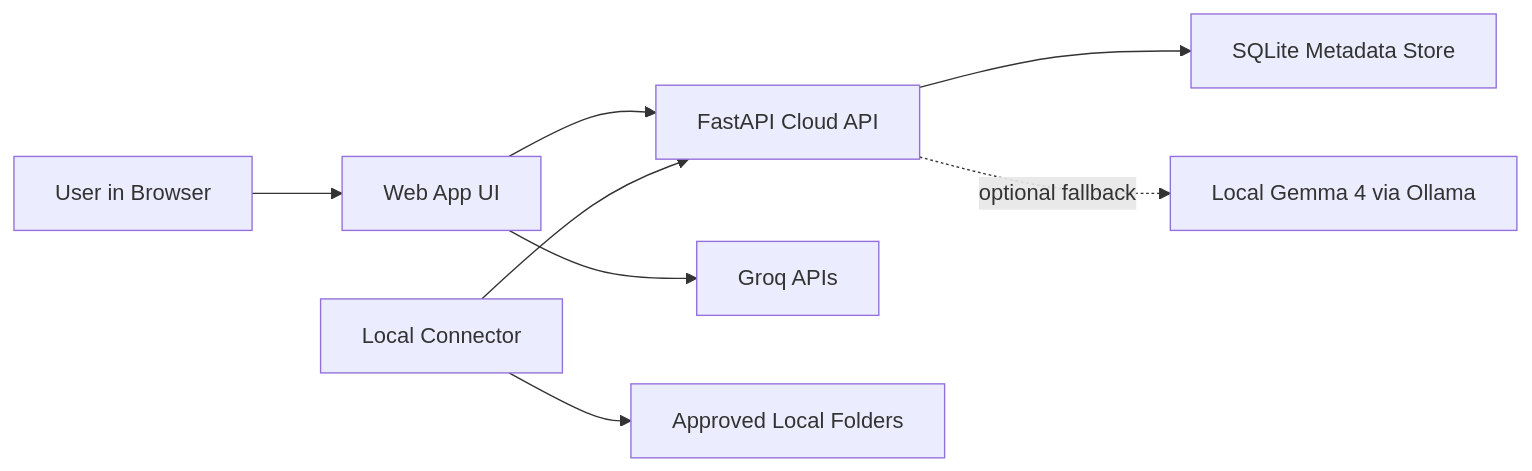
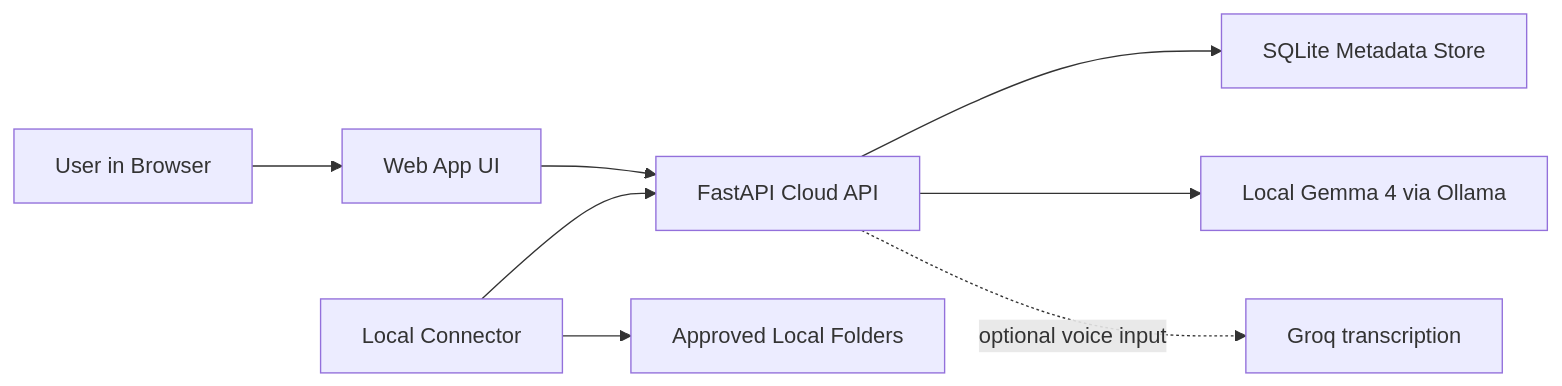
One commit to D0ubl3-A/sora-vault-gemma4-good changed the diagram in source/README.md. Above: the diagram before and after it, drawn with Mermaid. The commit also changed other lines of this file and 17 other files, not shown here.

Commit message:
Make Gemma-first final submission flow

````diff
--- a/source/README.md
+++ b/source/README.md
@@ -166,10 +170,10 @@
 ```mermaid
 flowchart LR
     U["User in Browser"] --> W["Web App UI"]
     W --> A["FastAPI Cloud API"]
     A --> DB["SQLite Metadata Store"]
-    W --> G["Groq APIs"]
+    A --> O["Local Gemma 4 via Ollama"]
     C["Local Connector"] --> A
     C --> FS["Approved Local Folders"]
-    A -. optional fallback .-> O["Local Gemma 4 via Ollama"]
+    A -. optional voice input .-> G["Groq transcription"]
 ```
````
